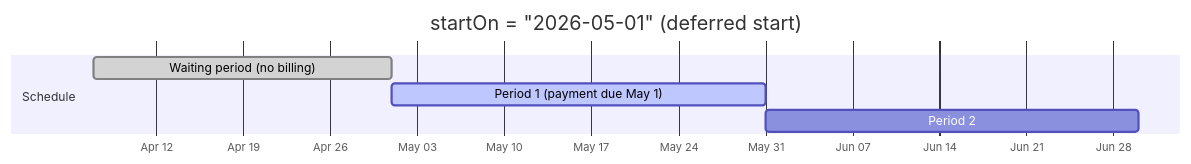
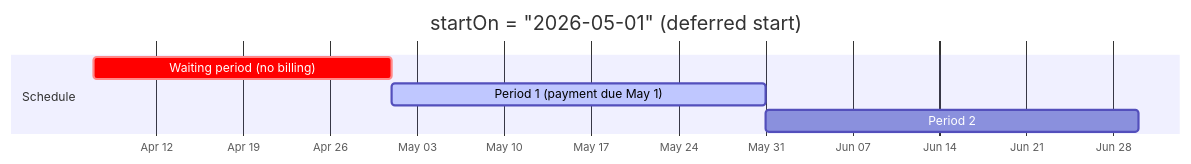
One commit to Prahsys/prahsys-documentation-v2 changed the second of 4 diagrams in docs/Payment Concepts/orders.md. Above: the diagram before and after it, drawn with Mermaid. The commit also changed other lines of this file, not shown here.

````diff
--- a/docs/Payment Concepts/orders.md
+++ b/docs/Payment Concepts/orders.md
@@ -304,11 +304,11 @@
 ```mermaid
 gantt
     title startOn = "2026-05-01" (deferred start)
     dateFormat YYYY-MM-DD
     axisFormat %b %d
 
     section Schedule
-    Waiting period (no billing)     :done, wait, 2026-04-07, 2026-05-01
+    Waiting period (no billing)     :crit, wait, 2026-04-07, 2026-05-01
     Period 1 (payment due May 1)    :active, p1, 2026-05-01, 30d
     Period 2                        :p2, after p1, 30d
 ```
````
